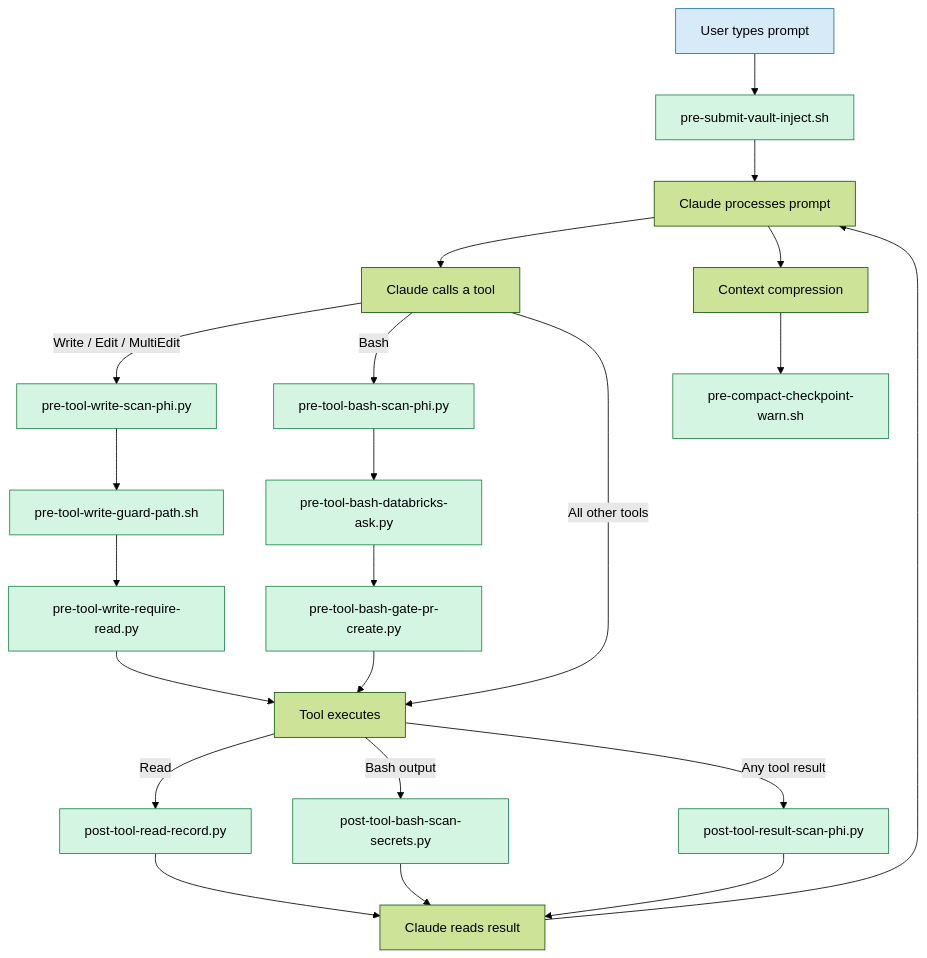
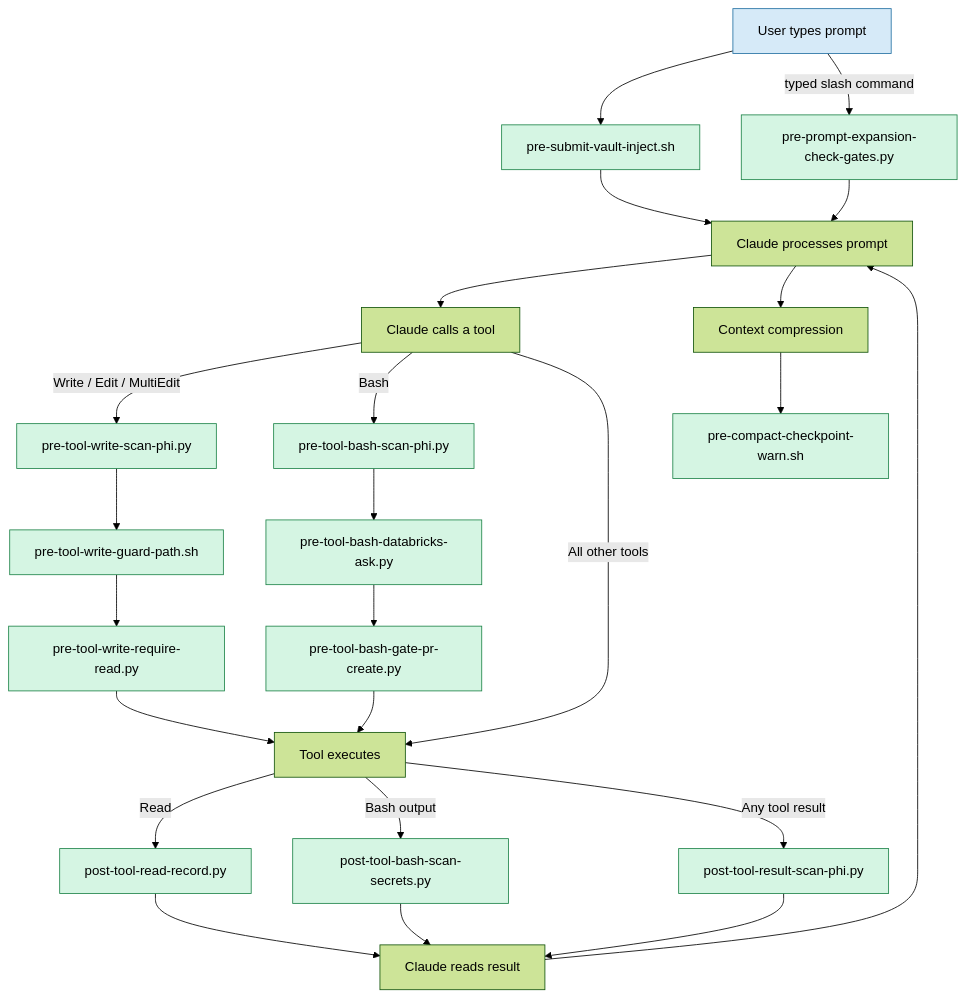
The first of 8 diagrams in docs/hooks.md (qh-dipenpatel/Arbiter), drawn with Mermaid (forest theme) before and after one commit. The commit also changed other lines of this file and 6 other files, not shown here.

````diff
--- a/docs/hooks.md
+++ b/docs/hooks.md
@@ -47,36 +48,38 @@
 ```mermaid
 flowchart TD
   classDef actor    fill:#d6eaf8,stroke:#2471a3
   classDef core     fill:#d5f5e3,stroke:#1e8449
 
   A["User types prompt"]
   B["pre-submit-vault-inject.sh"]
   C["Claude processes prompt"]
   D["Claude calls a tool"]
   E["pre-tool-write-scan-phi.py"]
   F["pre-tool-write-guard-path.sh"]
   G["Tool executes"]
   H["post-tool-bash-scan-secrets.py"]
   I["post-tool-result-scan-phi.py"]
   J["Claude reads result"]
   K["Context compression"]
   L["pre-compact-checkpoint-warn.sh"]
   M["pre-tool-bash-scan-phi.py"]
   N["pre-tool-bash-databricks-ask.py"]
   O["pre-tool-bash-gate-pr-create.py"]
   P["pre-tool-write-require-read.py"]
   Q["post-tool-read-record.py"]
+  R["pre-prompt-expansion-check-gates.py"]
 
   A --> B --> C --> D
+  A -- "typed slash command" --> R --> C
   D -- "Write / Edit / MultiEdit" --> E --> F --> P --> G
   D -- "Bash" --> M --> N --> O --> G
   G -- "Read" --> Q --> J
   D -- "All other tools" --> G
   G -- "Bash output" --> H --> J
   G -- "Any tool result" --> I --> J
   J --> C
   C --> K --> L
 
   class A actor
-  class B,E,F,H,I,L,M,N,O,P,Q core
+  class B,E,F,H,I,L,M,N,O,P,Q,R core
 ```
````
